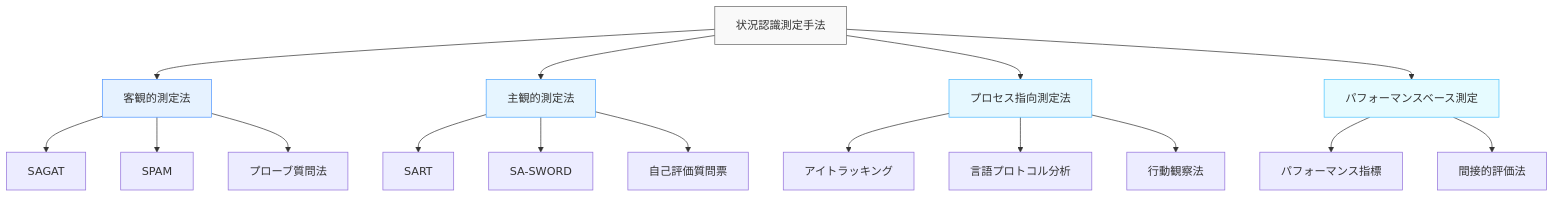
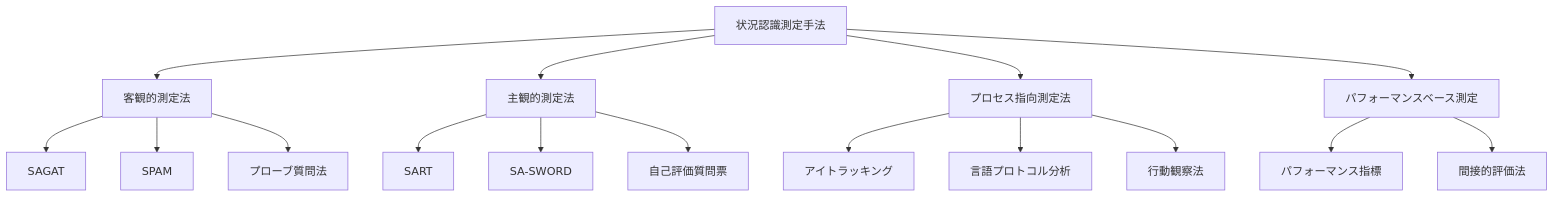
Before and after one commit to shuji-bonji/Situational-Awareness-and-Decision-Making: the diagram in docs/situational-awareness-guide/measuring-sa.md, drawn with Mermaid. The commit also changed 49 other files, not shown here.

Commit message:
fix: ダークモードで見づらい図の色の変更

````diff
--- a/docs/situational-awareness-guide/measuring-sa.md
+++ b/docs/situational-awareness-guide/measuring-sa.md
@@ -25,28 +25,28 @@
 ```mermaid
 graph TD
     A[状況認識測定手法] --> B[客観的測定法]
     A --> C[主観的測定法]
     A --> D[プロセス指向測定法]
     A --> E[パフォーマンスベース測定]
     
     B --> B1[SAGAT]
     B --> B2[SPAM]
     B --> B3[プローブ質問法]
     
     C --> C1[SART]
     C --> C2[SA-SWORD]
     C --> C3[自己評価質問票]
     
     D --> D1[アイトラッキング]
     D --> D2[言語プロトコル分析]
     D --> D3[行動観察法]
     
     E --> E1[パフォーマンス指標]
     E --> E2[間接的評価法]
     
-    style A fill:#f9f9f9,stroke:#666
-    style B fill:#e6f2ff,stroke:#4d94ff
-    style C fill:#e6f5ff,stroke:#4da6ff
-    style D fill:#e6f8ff,stroke:#4db8ff
-    style E fill:#e6fbff,stroke:#4dc4ff
+
+
+
+
+
 ```
````
